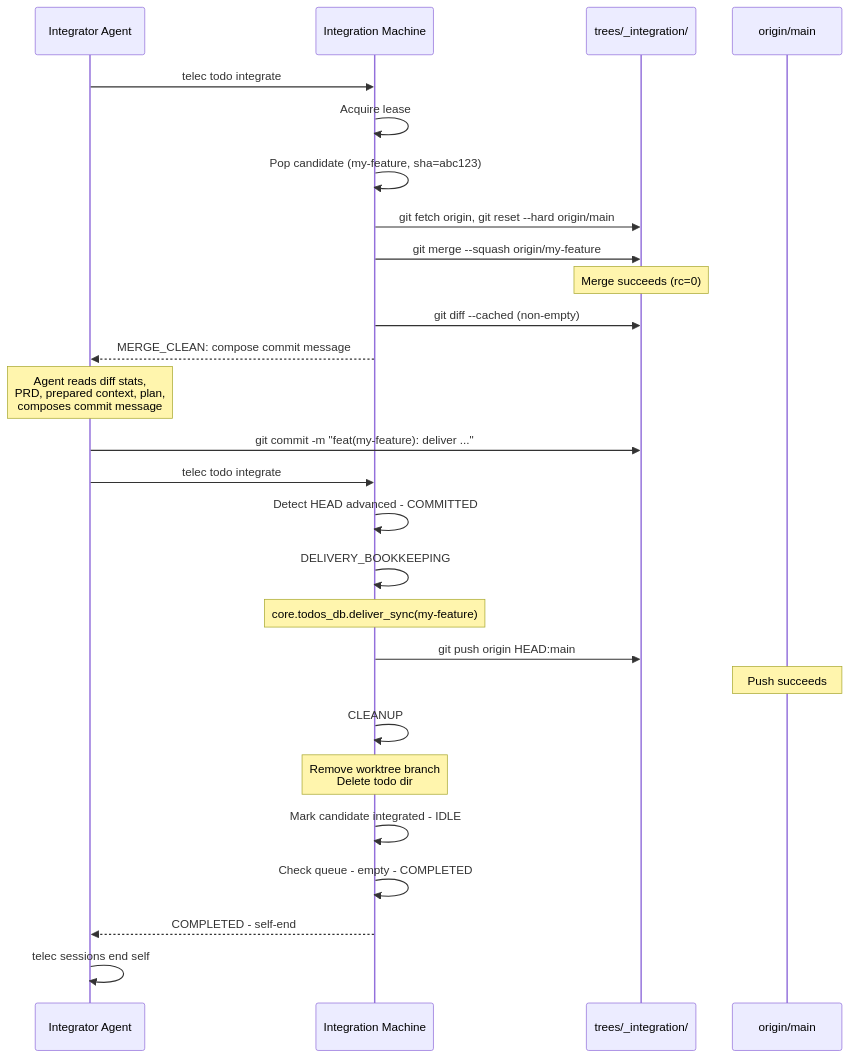
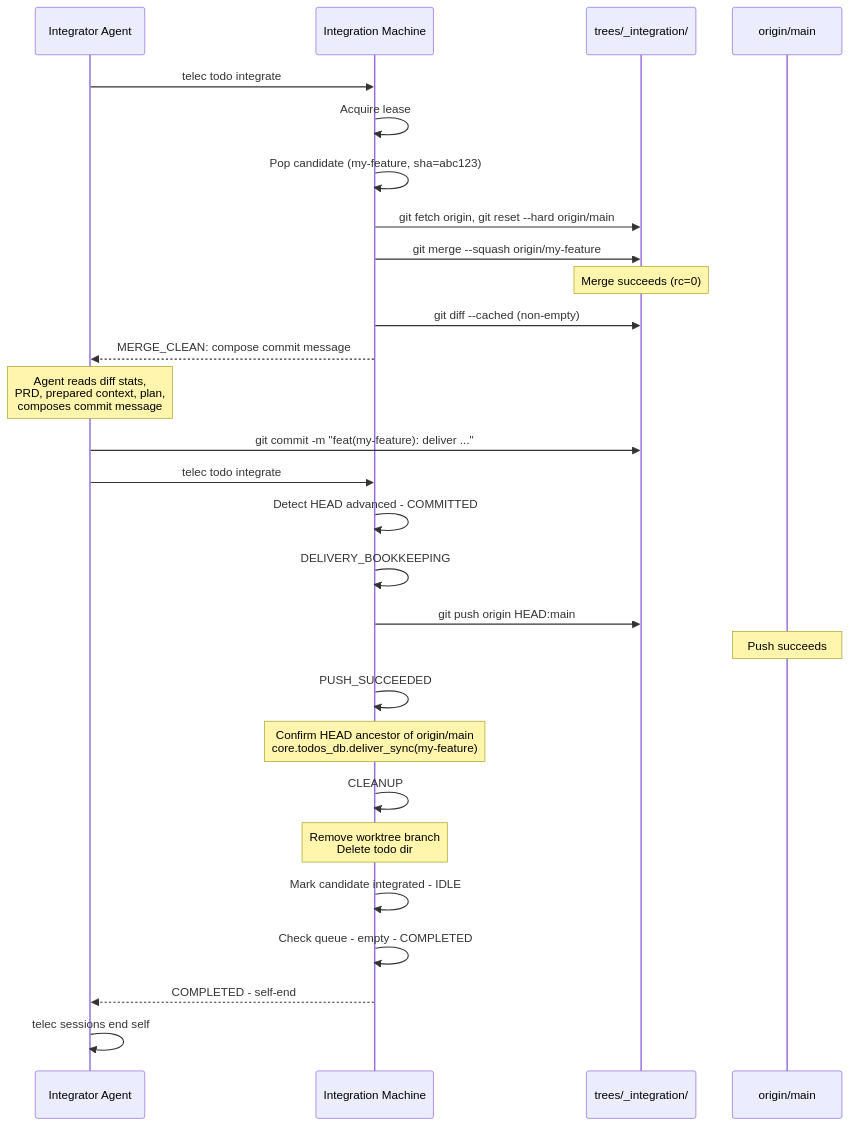
One commit to InstruktAI/TeleClaude changed the fourth of 12 diagrams in docs/project/design/architecture/integration-state-machine.md. Above: the diagram before and after it, drawn with Mermaid. The commit also changed other lines of this file and 6 other files, not shown here.

````diff
--- a/docs/project/design/architecture/integration-state-machine.md
+++ b/docs/project/design/architecture/integration-state-machine.md
@@ -255,33 +255,34 @@
 ```mermaid
 sequenceDiagram
     participant Agent as Integrator Agent
     participant SM as Integration Machine
     participant WT as trees/_integration/
     participant Origin as origin/main
 
     Agent->>SM: telec todo integrate
     SM->>SM: Acquire lease
     SM->>SM: Pop candidate (my-feature, sha=abc123)
     SM->>WT: git fetch origin, git reset --hard origin/main
     SM->>WT: git merge --squash origin/my-feature
     Note over WT: Merge succeeds (rc=0)
     SM->>WT: git diff --cached (non-empty)
     SM-->>Agent: MERGE_CLEAN: compose commit message
 
     Note over Agent: Agent reads diff stats,<br/>PRD, prepared context, plan,<br/>composes commit message
     Agent->>WT: git commit -m "feat(my-feature): deliver ..."
     Agent->>SM: telec todo integrate
 
     SM->>SM: Detect HEAD advanced - COMMITTED
     SM->>SM: DELIVERY_BOOKKEEPING
-    Note over SM: core.todos_db.deliver_sync(my-feature)
     SM->>WT: git push origin HEAD:main
     Note over Origin: Push succeeds
+    SM->>SM: PUSH_SUCCEEDED
+    Note over SM: Confirm HEAD ancestor of origin/main<br/>core.todos_db.deliver_sync(my-feature)
 
     SM->>SM: CLEANUP
     Note over SM: Remove worktree branch<br/>Delete todo dir
     SM->>SM: Mark candidate integrated - IDLE
     SM->>SM: Check queue - empty - COMPLETED
     SM-->>Agent: COMPLETED - self-end
     Agent->>Agent: telec sessions end self
 ```
````
